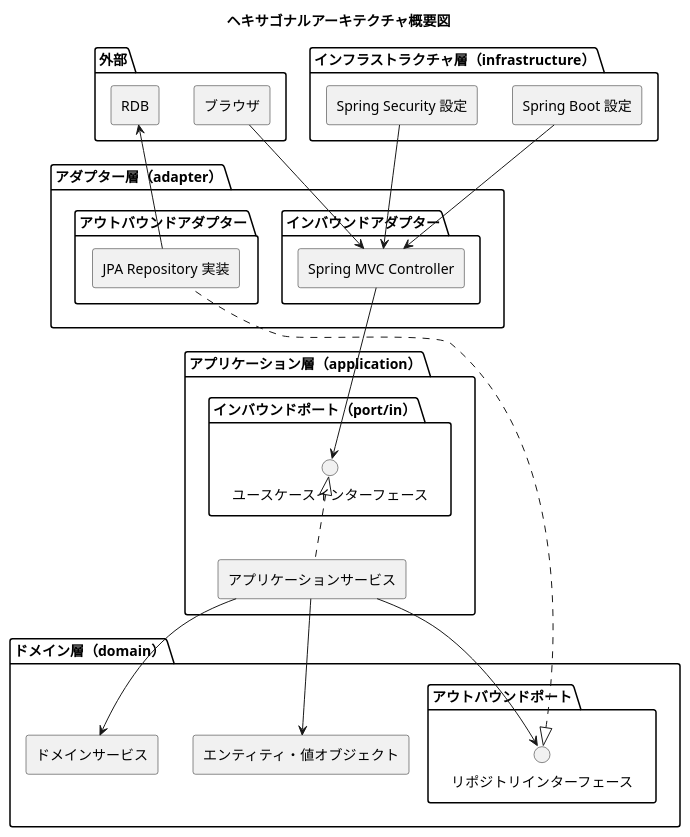
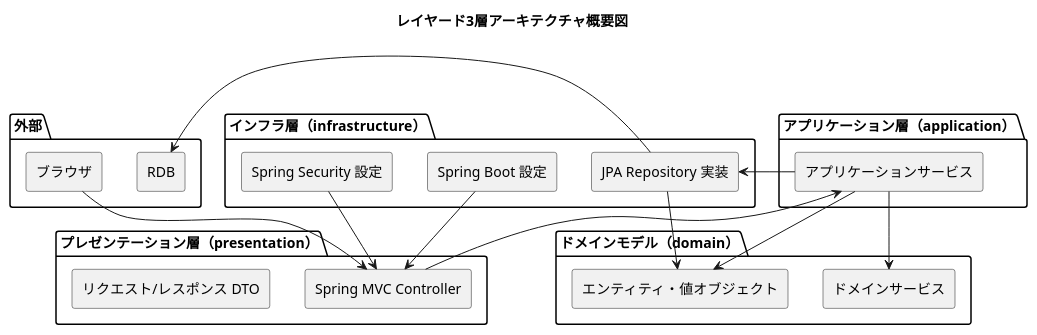
The first of 3 diagrams in docs/design/architecture_design.md (k2works/case-study-bouquet), drawn with PlantUML before and after one commit. The commit also changed other lines of this file and 3 other files, not shown here.

````diff
--- a/docs/design/architecture_design.md
+++ b/docs/design/architecture_design.md
@@ -20,53 +27,43 @@
 ```plantuml
 @startuml
-title ヘキサゴナルアーキテクチャ概要図
+title レイヤード3層アーキテクチャ概要図
 
 skinparam componentStyle rectangle
 
 package "外部" {
   [ブラウザ] as browser
   [RDB] as rdb
 }
 
-package "アダプター層（adapter）" {
-  package "インバウンドアダプター" {
-    [Spring MVC Controller] as controller
-  }
-  package "アウトバウンドアダプター" {
-    [JPA Repository 実装] as jpa_repo
-  }
+package "プレゼンテーション層（presentation）" {
+  [Spring MVC Controller] as controller
+  [リクエスト/レスポンス DTO] as dtos
 }
 
 package "アプリケーション層（application）" {
-  package "インバウンドポート（port/in）" {
-    interface "ユースケースインターフェース" as usecase_if
-  }
   [アプリケーションサービス] as app_service
 }
 
-package "ドメイン層（domain）" {
-  [エンティティ・値オブジェクト] as domain_model
-  [ドメインサービス] as domain_service
-  package "アウトバウンドポート" {
-    interface "リポジトリインターフェース" as repo_if
-  }
-}
-
-package "インフラストラクチャ層（infrastructure）" {
+package "インフラ層（infrastructure）" {
+  [JPA Repository 実装] as jpa_repo
   [Spring Boot 設定] as config
   [Spring Security 設定] as security
 }
 
+package "ドメインモデル（domain）" {
+  [エンティティ・値オブジェクト] as domain_model
+  [ドメインサービス] as domain_service
+}
+
 browser --> controller
-controller --> usecase_if
-usecase_if <|.. app_service
+controller --> app_service
+app_service --> jpa_repo
 app_service --> domain_model
 app_service --> domain_service
-app_service --> repo_if
-repo_if <|.. jpa_repo
 jpa_repo --> rdb
+jpa_repo --> domain_model
 config --> controller
 security --> controller
 
 @enduml
 ```
````
